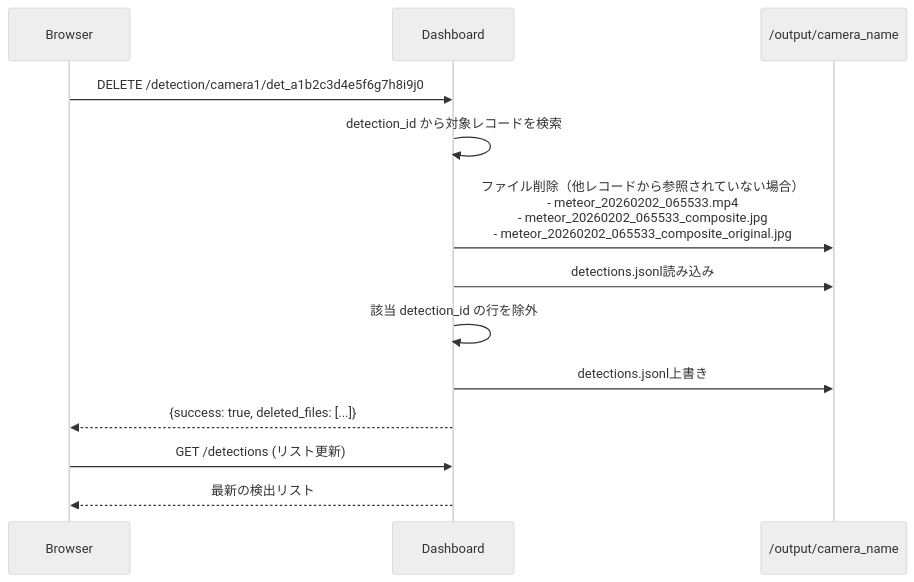
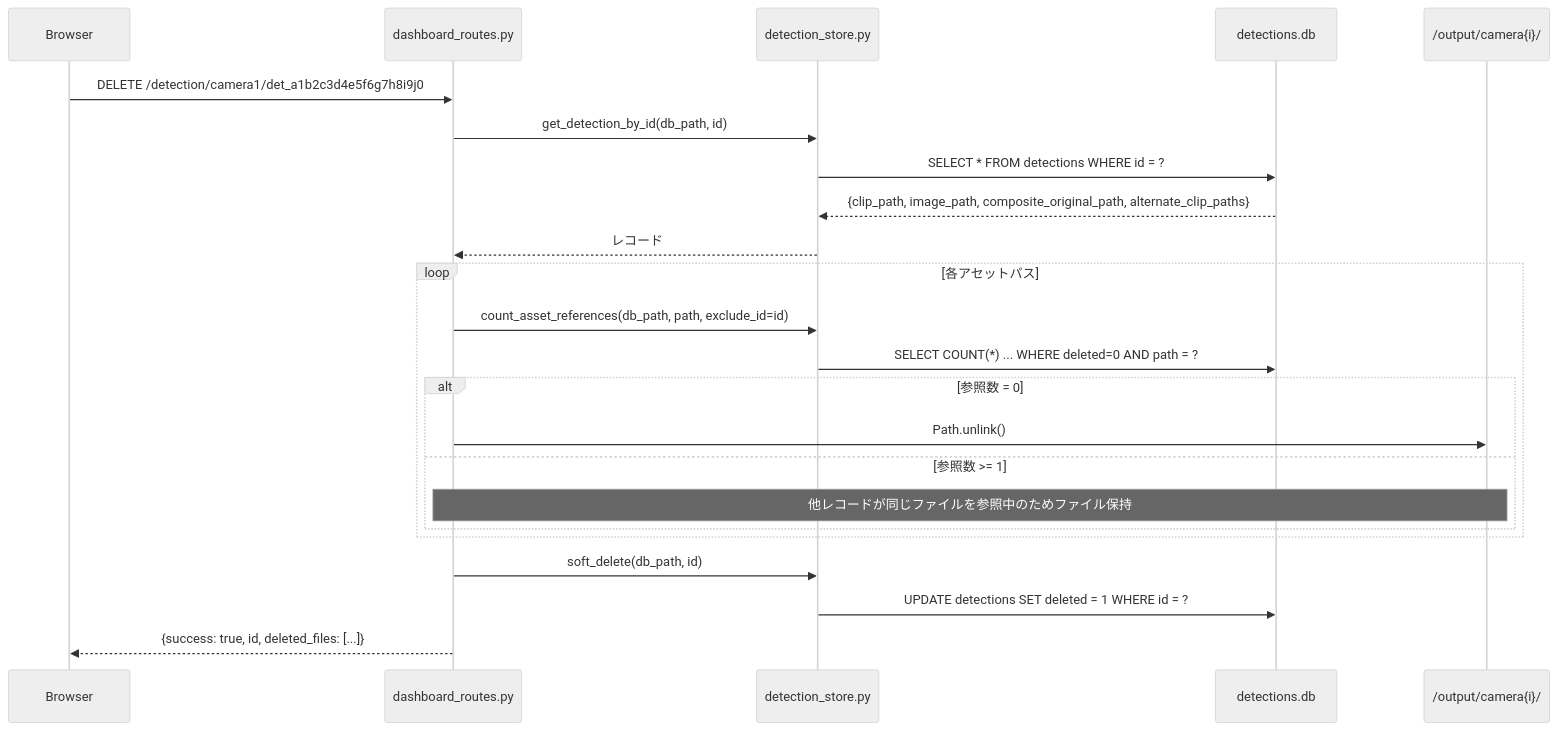
The sixth of 6 diagrams in documents/ARCHITECTURE.md (Masakai/meteo), drawn with Mermaid (neutral theme) before and after one commit. The commit also changed other lines of this file and 18 other files, not shown here.

First line of the commit message:
v3.11.1 リリース: ドキュメント全面改版・DETECTION_STORE と SCRIPTS_REFERENCE を新設

````diff
--- a/documents/ARCHITECTURE.md
+++ b/documents/ARCHITECTURE.md
@@ -244,21 +271,29 @@
 ```mermaid
 sequenceDiagram
     participant Browser
-    participant Dashboard
-    participant Storage as /output/camera_name
+    participant Routes as dashboard_routes.py
+    participant Store as detection_store.py
+    participant DB as detections.db
+    participant FS as /output/camera{i}/
 
-    Browser->>Dashboard: DELETE /detection/camera1/det_a1b2c3d4e5f6g7h8i9j0
+    Browser->>Routes: DELETE /detection/camera1/det_a1b2c3d4e5f6g7h8i9j0
+    Routes->>Store: get_detection_by_id(db_path, id)
+    Store->>DB: SELECT * FROM detections WHERE id = ?
+    DB-->>Store: {clip_path, image_path, composite_original_path, alternate_clip_paths}
+    Store-->>Routes: レコード
 
-    Dashboard->>Dashboard: detection_id から対象レコードを検索
+    loop 各アセットパス
+        Routes->>Store: count_asset_references(db_path, path, exclude_id=id)
+        Store->>DB: SELECT COUNT(*) ... WHERE deleted=0 AND path = ?
+        alt 参照数 = 0
+            Routes->>FS: Path.unlink()
+        else 参照数 >= 1
+            Note over Routes,FS: 他レコードが同じファイルを参照中のためファイル保持
+        end
+    end
 
-    Dashboard->>Storage: ファイル削除（他レコードから参照されていない場合）<br/>- meteor_20260202_065533.mp4<br/>- meteor_20260202_065533_composite.jpg<br/>- meteor_20260202_065533_composite_original.jpg
+    Routes->>Store: soft_delete(db_path, id)
+    Store->>DB: UPDATE detections SET deleted = 1 WHERE id = ?
 
-    Dashboard->>Storage: detections.jsonl読み込み
-    Dashboard->>Dashboard: 該当 detection_id の行を除外
-    Dashboard->>Storage: detections.jsonl上書き
-
-    Dashboard-->>Browser: {success: true, deleted_files: [...]}
-
-    Browser->>Dashboard: GET /detections (リスト更新)
-    Dashboard-->>Browser: 最新の検出リスト
+    Routes-->>Browser: {success: true, id, deleted_files: [...]}
 ```
````
